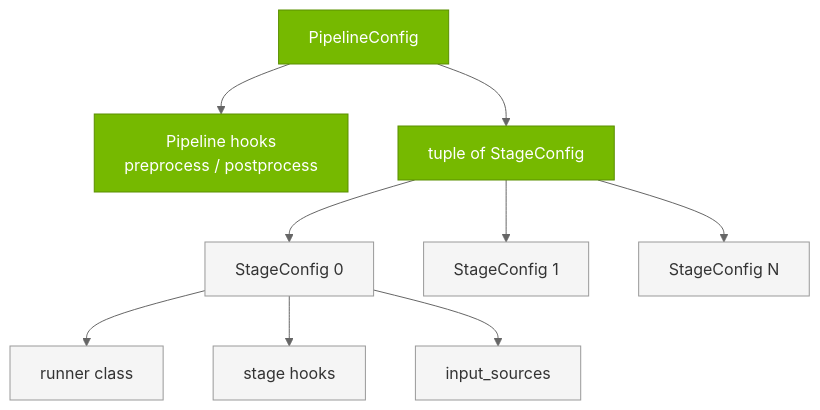
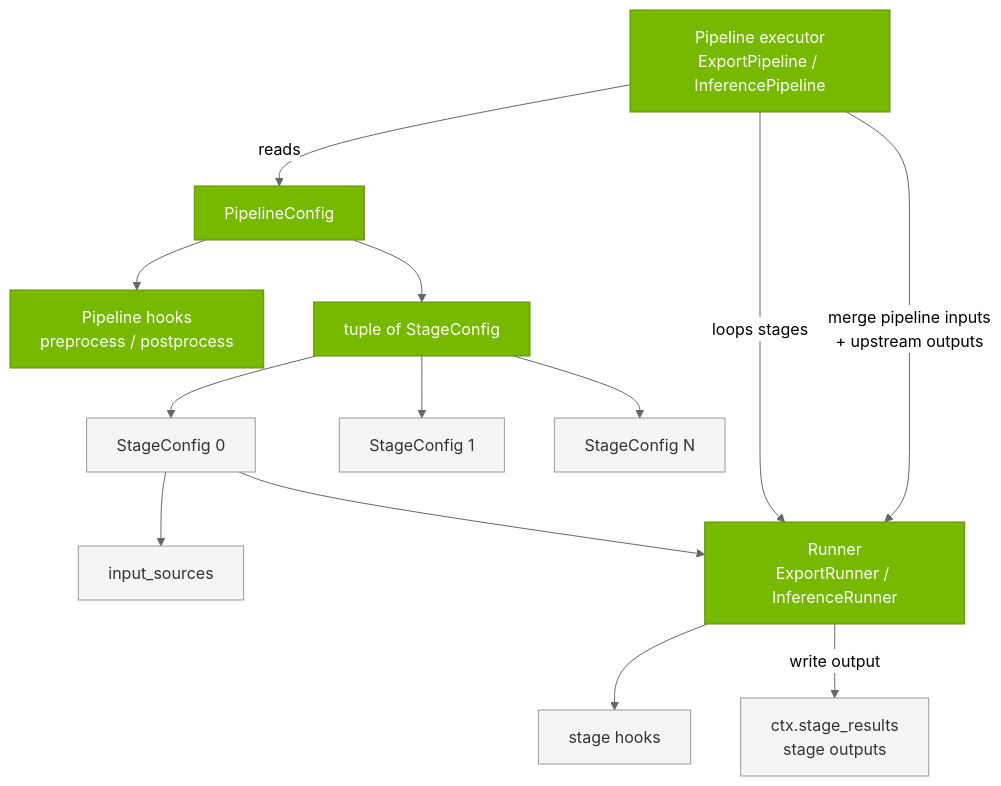
Before and after one commit to micwill755/TRT-VLA-Lowering: the second of 2 diagrams in docs/source/developer_guide/architecture/pipelines-and-stages.rst, drawn with Mermaid. The commit also changed other lines of this file and 21 other files, not shown here.

```diff
--- a/docs/source/developer_guide/architecture/pipelines-and-stages.rst
+++ b/docs/source/developer_guide/architecture/pipelines-and-stages.rst
@@ -84,26 +90,34 @@
 .. mermaid::
 
    %%{init: {'theme':'neutral', 'themeVariables': {'primaryColor':'#76B900','primaryTextColor':'#fff','primaryBorderColor':'#5a8f00','lineColor':'#666','edgeLabelBackground':'#ffffff','labelTextColor':'#000','clusterBkg':'#ffffff','clusterBorder':'#999'}}}%%
    graph TB
+       PE["Pipeline executor<br/>ExportPipeline / InferencePipeline"]
        PC[PipelineConfig]
        PH[Pipeline hooks<br/>preprocess / postprocess]
        STAGES[tuple of StageConfig]
        S0[StageConfig 0]
        S1[StageConfig 1]
        SN[StageConfig N]
+       RUN["Runner<br/>ExportRunner / InferenceRunner"]
+       H0[stage hooks]
+       CTX["ctx.stage_results<br/>stage outputs"]
 
+       PE -->|reads| PC
        PC --> PH
        PC --> STAGES
        STAGES --> S0
        STAGES --> S1
        STAGES --> SN
 
-       S0 --> R0[runner class]
-       S0 --> H0[stage hooks]
+       PE -->|loops stages| RUN
        S0 --> IS0[input_sources]
+       S0 --> RUN
+       RUN --> H0
+       RUN -->|write output| CTX
+       PE -->|merge pipeline inputs<br/>+ upstream outputs| RUN
 
        classDef nvNode fill:#76B900,stroke:#5a8f00,stroke-width:1px,color:#fff
        classDef greyNode fill:#f5f5f5,stroke:#999,stroke-width:1px,color:#333
 
-       class PC,PH,STAGES nvNode
-       class S0,S1,SN,R0,H0,IS0 greyNode
+       class PE,PC,PH,STAGES,RUN nvNode
+       class S0,S1,SN,H0,IS0,CTX greyNode
```
